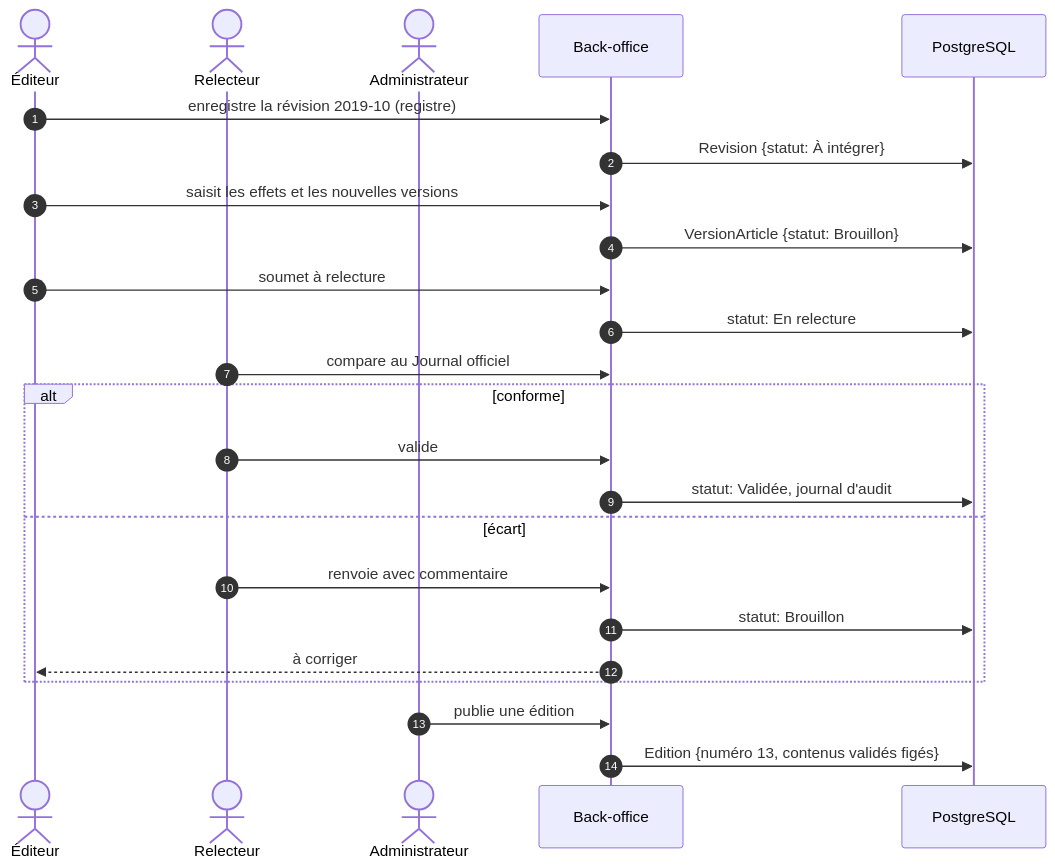
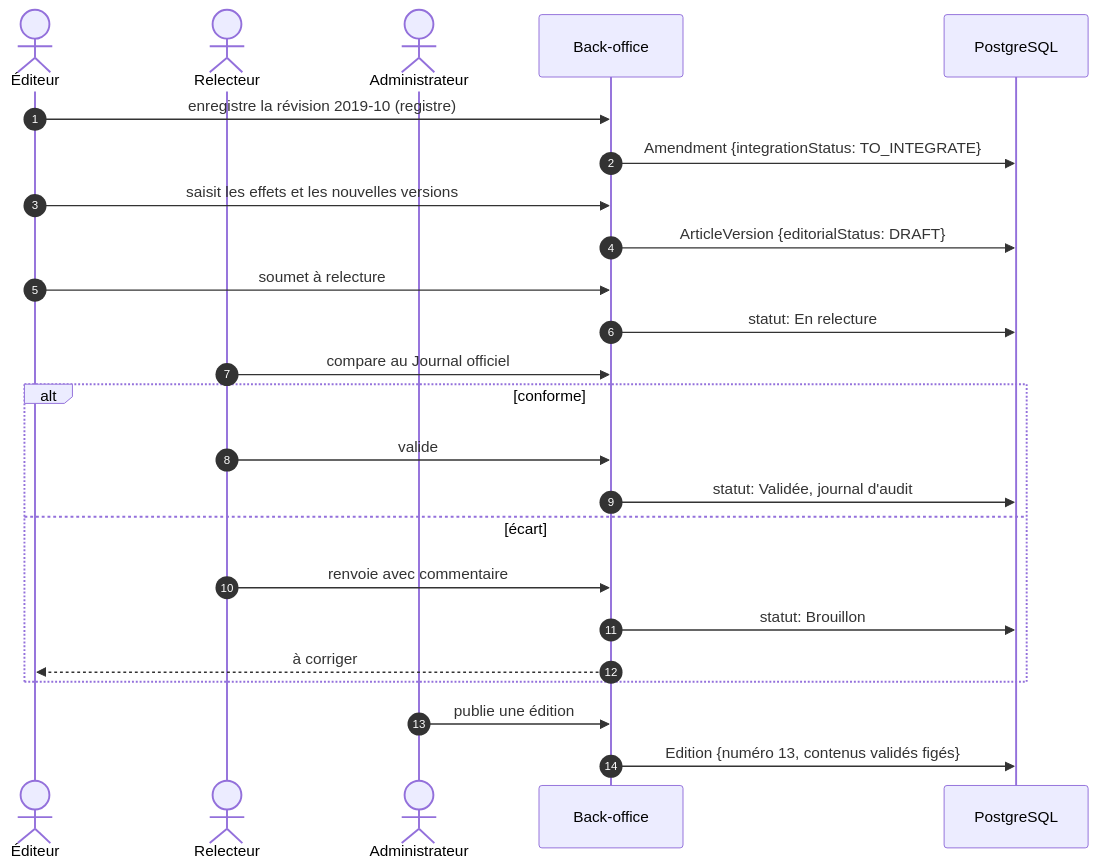
Before and after one commit to nema-studio/sunudroit-app: the fifth of 7 diagrams in docs/modelisation/04-scenarios.md, drawn with Mermaid. The commit also changed 16 other files, not shown here.

````diff
--- a/docs/modelisation/04-scenarios.md
+++ b/docs/modelisation/04-scenarios.md
@@ -314,27 +314,27 @@
 ```mermaid
 sequenceDiagram
     autonumber
     actor Ed as Éditeur
     actor Rel as Relecteur
     actor Adm as Administrateur
     participant BO as Back-office
     participant DB as PostgreSQL
 
     Ed->>BO: enregistre la révision 2019-10 (registre)
-    BO->>DB: Revision {statut: À intégrer}
+    BO->>DB: Amendment {integrationStatus: TO_INTEGRATE}
     Ed->>BO: saisit les effets et les nouvelles versions
-    BO->>DB: VersionArticle {statut: Brouillon}
+    BO->>DB: ArticleVersion {editorialStatus: DRAFT}
     Ed->>BO: soumet à relecture
     BO->>DB: statut: En relecture
     Rel->>BO: compare au Journal officiel
     alt conforme
         Rel->>BO: valide
         BO->>DB: statut: Validée, journal d'audit
     else écart
         Rel->>BO: renvoie avec commentaire
         BO->>DB: statut: Brouillon
         BO-->>Ed: à corriger
     end
     Adm->>BO: publie une édition
     BO->>DB: Edition {numéro 13, contenus validés figés}
 ```
````
